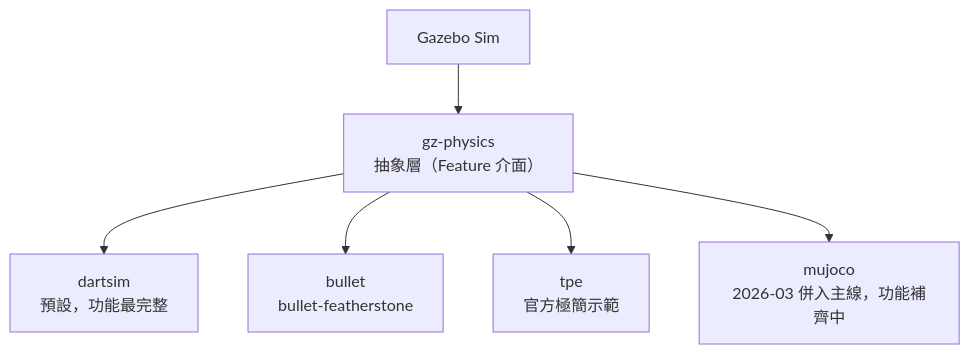
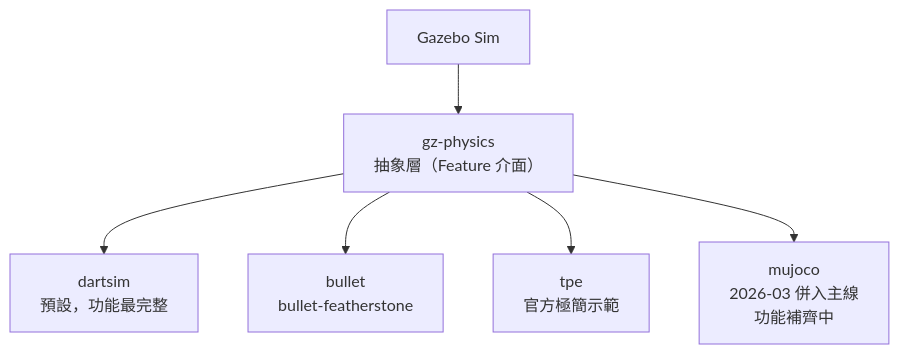
Before and after one commit to wicanr2/mujoco-tutorial-zh: the first of 2 diagrams in docs/05-gazebo/01-gazebo-mujoco.md, drawn with Mermaid. The commit also changed other lines of this file, not shown here.

````diff
--- a/docs/05-gazebo/01-gazebo-mujoco.md
+++ b/docs/05-gazebo/01-gazebo-mujoco.md
@@ -27,8 +30,8 @@
 ```mermaid
 flowchart TD
   SIM["Gazebo Sim"] --> API["gz-physics<br/>抽象層（Feature 介面）"]
   API --> DART["dartsim<br/>預設，功能最完整"]
   API --> BUL["bullet<br/>bullet-featherstone"]
   API --> TPE["tpe<br/>官方極簡示範"]
-  API --> MJ["mujoco<br/>2026-03 併入主線，功能補齊中"]
+  API --> MJ["mujoco<br/>2026-03 併入主線<br/>功能補齊中"]
 ```
````
